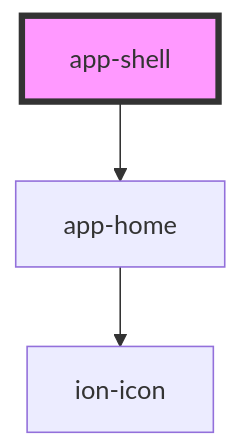
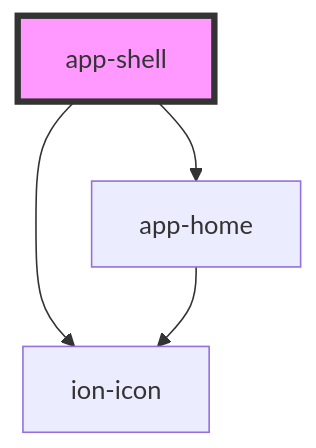
The diagram in src/components/app-shell/readme.md (refactico/design-system), drawn with Mermaid before and after one commit. The commit also changed other lines of this file and 42 other files, not shown here.

````diff
--- a/src/components/app-shell/readme.md
+++ b/src/components/app-shell/readme.md
@@ -15,6 +16,7 @@
 ```mermaid
 graph TD;
+  app-shell --> ion-icon
   app-shell --> app-home
   app-home --> ion-icon
   style app-shell fill:#f9f,stroke:#333,stroke-width:4px
 ```
````
